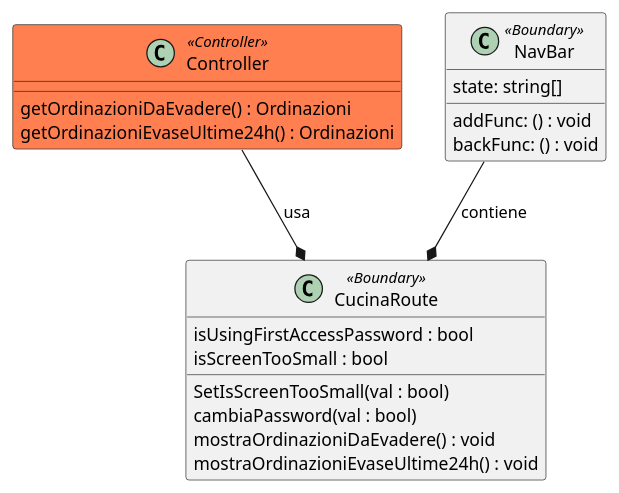
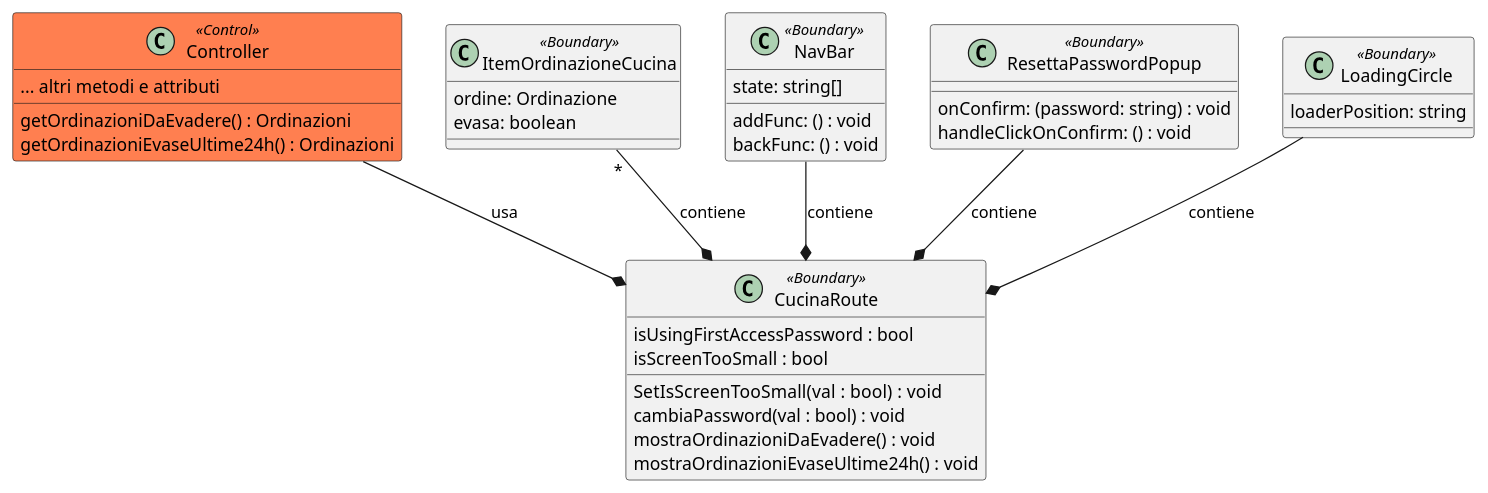
The diagram in diagrams/PUML/routes/CucinaRoute.puml (macro21KGB/Esame-INGSW-22-23), drawn with PlantUML before and after one commit. The commit also changed 6 other files, not shown here.

```diff
--- a/diagrams/PUML/routes/CucinaRoute.puml
+++ b/diagrams/PUML/routes/CucinaRoute.puml
@@ -1,29 +1,53 @@
-@startuml component_diagram
+@startuml
 class CucinaRoute <<Boundary>>{
 isUsingFirstAccessPassword : bool
 isScreenTooSmall : bool
-SetIsScreenTooSmall(val : bool) 
-cambiaPassword(val : bool)
+SetIsScreenTooSmall(val : bool)  : void
+cambiaPassword(val : bool) : void
 mostraOrdinazioniDaEvadere() : void
 mostraOrdinazioniEvaseUltime24h() : void
 }
 
-class Controller <<Controller>> #coral{
+class Controller <<Control>> #coral{
+... altri metodi e attributi
 getOrdinazioniDaEvadere() : Ordinazioni
 getOrdinazioniEvaseUltime24h() : Ordinazioni
 
+
+}
+
+class ItemOrdinazioneCucina <<Boundary>> {
+
+    ordine: Ordinazione
+    evasa: boolean
 
 }
 
 
 class NavBar <<Boundary>> {
 
 	addFunc: () : void
 	backFunc: () : void
 	state: string[]
 }
 
+class ResettaPasswordPopup <<Boundary>> {
+
+    onConfirm: (password: string) : void
+    handleClickOnConfirm: () : void
+
+}
+class LoadingCircle <<Boundary>> {
+
+	loaderPosition: string
+
+}
 
 NavBar --* CucinaRoute : contiene
+LoadingCircle --* CucinaRoute : contiene
+ResettaPasswordPopup --* CucinaRoute : contiene
+ItemOrdinazioneCucina "*"--* CucinaRoute : contiene
+
+
 Controller --* CucinaRoute : usa
 @enduml
```
